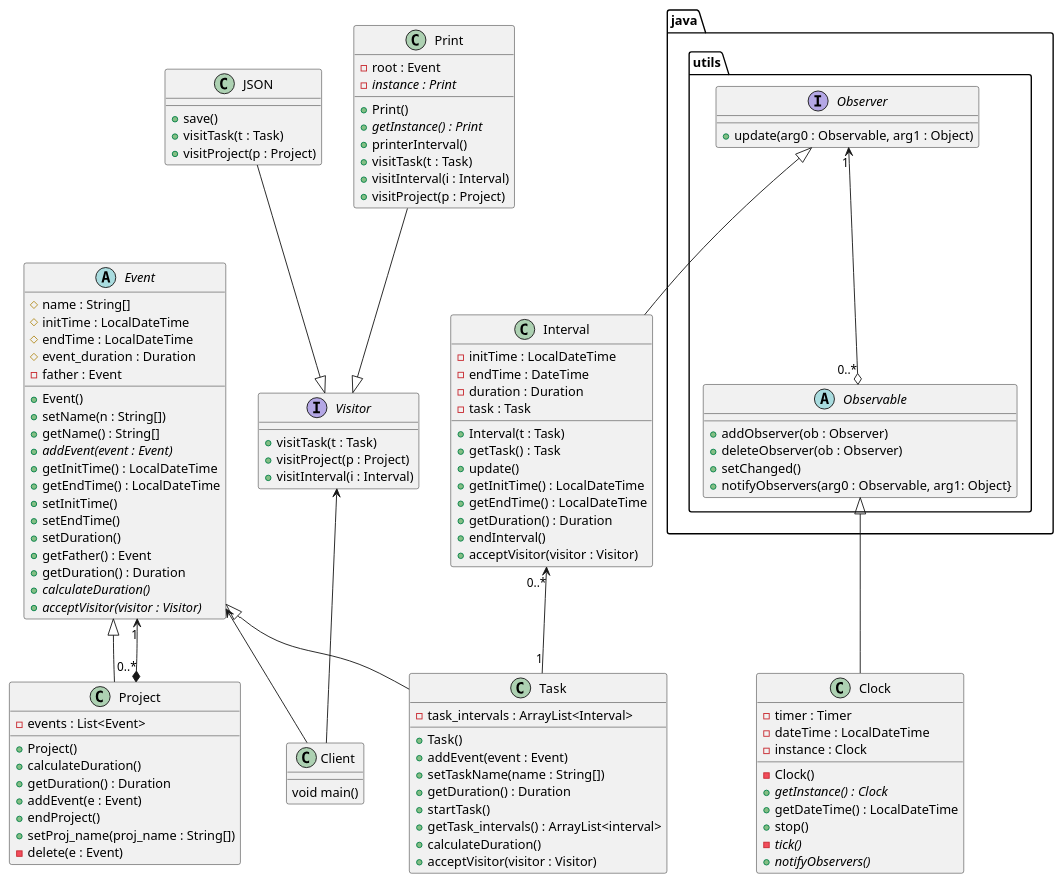
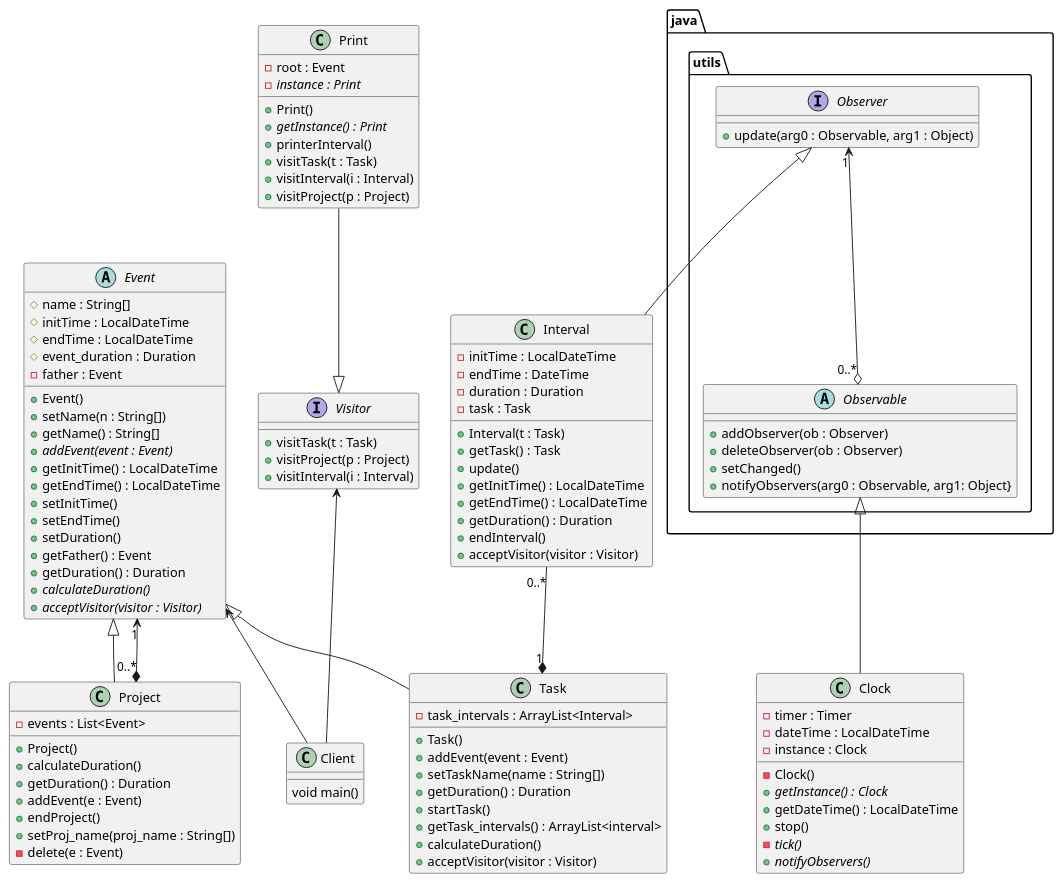
The diagram in Class_diag.puml (guillem-martinez/DS-Projecte), drawn with PlantUML before and after one commit. The commit also changed 11 other files, not shown here.

Commit message:
Milestone1 working, minus UML

```diff
--- a/Class_diag.puml
+++ b/Class_diag.puml
@@ -1,131 +1,124 @@
 @startuml
 'https://plantuml.com/class-diagram
 
 
 class Project{
 - events : List<Event>
 + Project()
 + calculateDuration()
 + getDuration() : Duration
 + addEvent(e : Event)
 + endProject()
 + setProj_name(proj_name : String[])
 - delete(e : Event)
 }
 
 class Task{
 - task_intervals : ArrayList<Interval>
 + Task()
 + addEvent(event : Event)
 + setTaskName(name : String[])
 + getDuration() : Duration
 + startTask()
 + getTask_intervals() : ArrayList<interval>
 + calculateDuration()
 + acceptVisitor(visitor : Visitor)
 }
 
 abstract Event{
 # name : String[]
 # initTime : LocalDateTime
 # endTime : LocalDateTime
 # event_duration : Duration
 - father : Event
 + Event()
 + setName(n : String[])
 + getName() : String[]
 + //addEvent(event : Event)//
 + getInitTime() : LocalDateTime
 + getEndTime() : LocalDateTime
 + setInitTime()
 + setEndTime()
 + setDuration()
 + getFather() : Event
 + getDuration() : Duration
 + //calculateDuration()//
 + //acceptVisitor(visitor : Visitor)//
 }
 
 class Clock{
 - timer : Timer
 - dateTime : LocalDateTime
 - instance : Clock
 - Clock()
 + //getInstance() : Clock//
 + getDateTime() : LocalDateTime
 + stop()
 - //tick()//
 + //notifyObservers()//
 }
 
 class Interval{
 - initTime : LocalDateTime
 - endTime : DateTime
 - duration : Duration /'cada golpe de reloj incremento'/
 - task : Task
 + Interval(t : Task)
 + getTask() : Task
 + update()
 + getInitTime() : LocalDateTime
 + getEndTime() : LocalDateTime
 + getDuration() : Duration
 + endInterval()
 + acceptVisitor(visitor : Visitor)
 }
 
 interface Visitor{
 + visitTask(t : Task)
 + visitProject(p : Project)
 + visitInterval(i : Interval)
 }
 
-class JSON{
-+ save()
-+ visitTask(t : Task)
-+ visitProject(p : Project)
-}
-
 class Print{
 - root : Event
 - //instance : Print//
 + Print()
 + //getInstance() : Print//
 + printerInterval()
 + visitTask(t : Task)
 + visitInterval(i : Interval)
 + visitProject(p : Project)
 }
 
 package "java.utils"{
 interface Observer{
 + update(arg0 : Observable, arg1 : Object)
 }
 
 abstract Observable{
 + addObserver(ob : Observer)
 + deleteObserver(ob : Observer)
 + setChanged()
 + notifyObservers(arg0 : Observable, arg1: Object}
 }
 }
 
 class Client{
 void main()
 }
 
 Event <|-- Task
 Event <|-- Project
 
 Event "1" <--* "0..*" Project
 Observable <|-- Clock
 Observer <|-- Interval
 Observer "1" <--o "0..*" Observable
-Interval "0..*" <--  "1" Task
+Interval "0..*" --*  "1" Task
 Event <-- Client
-JSON --|> Visitor
 Visitor <-- Client
 Print --|> Visitor
 
 
 
 @enduml
```
